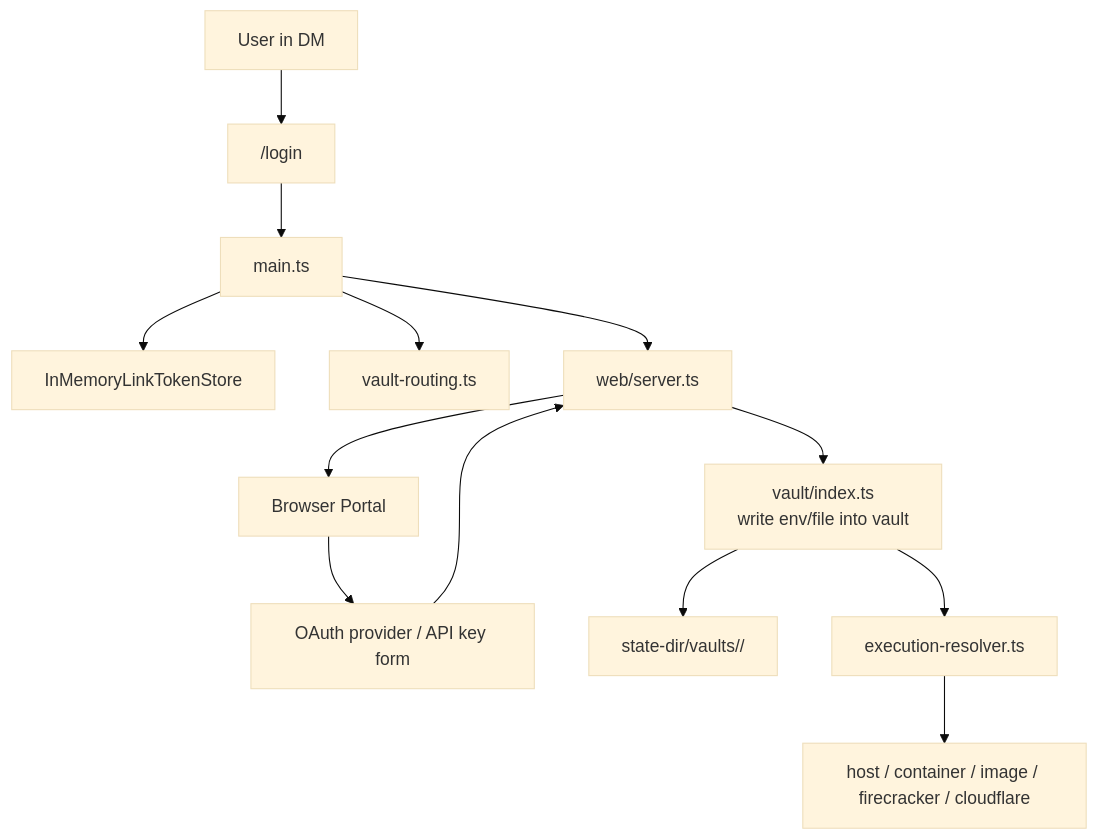
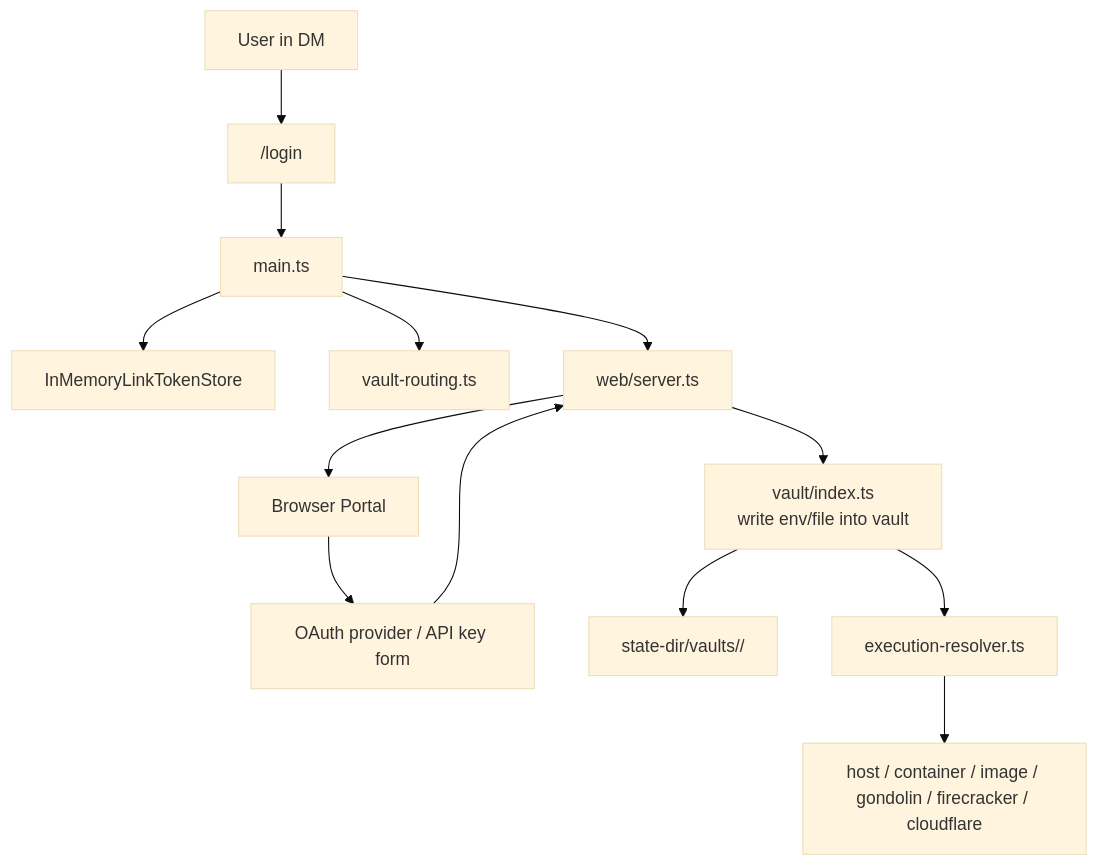
The second of 2 diagrams in src/content/docs/architecture.md (geminixiang/mikan), drawn with Mermaid (base theme) before and after one commit. The commit also changed other lines of this file and 31 other files, not shown here.

Commit message:
docs(gondolin): describe local-only sandbox

````diff
--- a/src/content/docs/architecture.md
+++ b/src/content/docs/architecture.md
@@ -178,15 +178,15 @@
 ```mermaid
 flowchart TD
   User["User in DM"] --> LoginCmd["/login"]
   LoginCmd --> Main["main.ts"]
   Main --> LinkToken["InMemoryLinkTokenStore"]
   Main --> VaultRouting["vault-routing.ts"]
   Main --> WebServer["web/server.ts"]
   WebServer --> Browser["Browser Portal"]
   Browser --> OAuth["OAuth provider / API key form"]
   OAuth --> WebServer
   WebServer --> VaultManager["vault/index.ts\nwrite env/file into vault"]
   VaultManager --> VaultDir["state-dir/vaults/<vaultId>/"]
   VaultManager --> Resolver["execution-resolver.ts"]
-  Resolver --> Sandbox["host / container / image / firecracker / cloudflare"]
+  Resolver --> Sandbox["host / container / image / gondolin / firecracker / cloudflare"]
 ```
````
